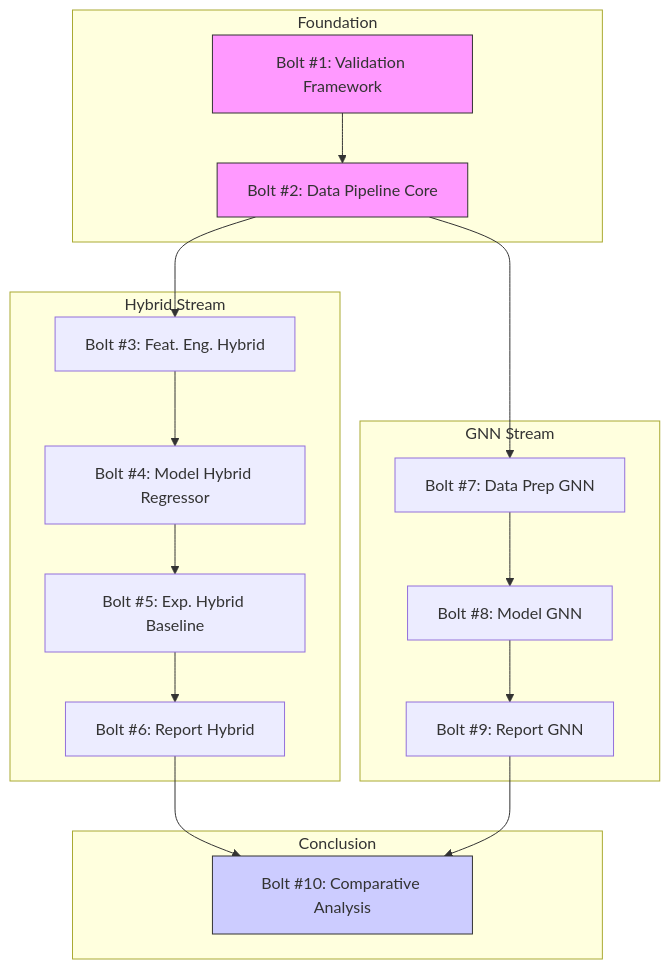
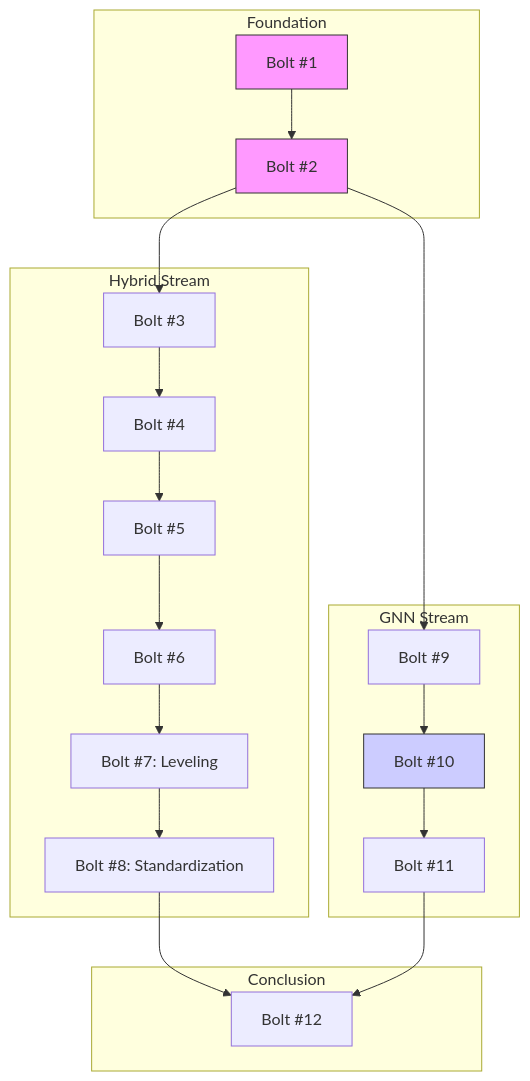
Before and after one commit to radema/kaggle-store-sales-ts: the diagram in strategy-map.md, drawn with Mermaid. The commit also changed other lines of this file and 6 other files, not shown here.

Commit message:
feat: enable detailed hybrid model component analysis by storing predictions and updating the evaluation harness to include them in reports.

````diff
--- a/strategy-map.md
+++ b/strategy-map.md
@@ -81,28 +86,30 @@
 ```mermaid
 graph TD
     subgraph Foundation
-        B1[Bolt #1: Validation Framework] --> B2[Bolt #2: Data Pipeline Core]
+        B1[Bolt #1] --> B2[Bolt #2]
     end
 
     subgraph Hybrid Stream
-        B2 --> B3[Bolt #3: Feat. Eng. Hybrid]
-        B3 --> B4[Bolt #4: Model Hybrid Regressor]
-        B4 --> B5[Bolt #5: Exp. Hybrid Baseline]
-        B5 --> B6[Bolt #6: Report Hybrid]
+        B2 --> B3[Bolt #3]
+        B3 --> B4[Bolt #4]
+        B4 --> B5[Bolt #5]
+        B5 --> B6[Bolt #6]
+        B6 --> B7[Bolt #7: Leveling]
+        B7 --> B8[Bolt #8: Standardization]
     end
 
     subgraph GNN Stream
-        B2 --> B7[Bolt #7: Data Prep GNN]
-        B7 --> B8[Bolt #8: Model GNN]
-        B8 --> B9[Bolt #9: Report GNN]
+        B2 --> B9[Bolt #9]
+        B9 --> B10[Bolt #10]
+        B10 --> B11[Bolt #11]
     end
 
     subgraph Conclusion
-        B6 --> B10[Bolt #10: Comparative Analysis]
-        B9 --> B10
+        B8 --> B12[Bolt #12]
+        B11 --> B12
     end
 
     style B1 fill:#f9f,stroke:#333
     style B2 fill:#f9f,stroke:#333
     style B10 fill:#ccf,stroke:#333
 ```
````
